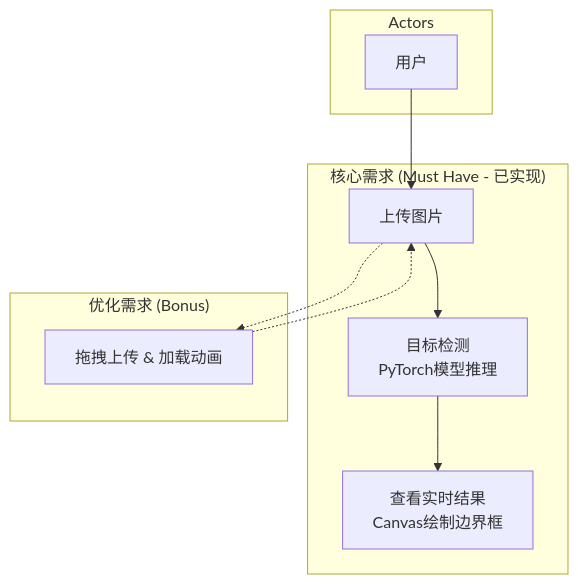
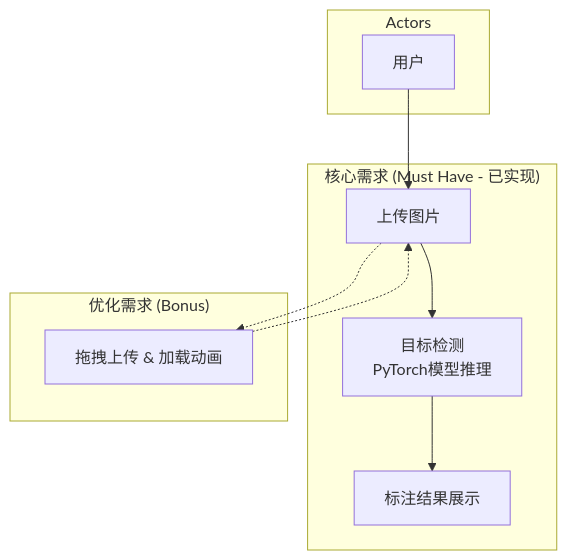
Before and after one commit to bluekpj/software_class: the second of 2 diagrams in docs/架构.md, drawn with Mermaid.

Commit message:
fix: doc update

````diff
--- a/docs/架构.md
+++ b/docs/架构.md
@@ -52,25 +52,25 @@
 ```mermaid
 graph TB
     subgraph "Actors"
         User[用户]
     end
 
     subgraph "核心需求 (Must Have - 已实现)"
         UC3[上传图片]
         UC4[目标检测<br>PyTorch模型推理]
-        UC5[查看实时结果<br>Canvas绘制边界框]
+        UC5[标注结果展示]
     end
 
     subgraph "优化需求 (Bonus)"
         UC8[拖拽上传 & 加载动画]
     end
 
     %% 核心流程
     User --> UC3
     UC3 --> UC4
     UC4 --> UC5
     
     %% 优化功能
     UC3 -.-> UC8
     UC8 -.-> UC3
 ```
````
